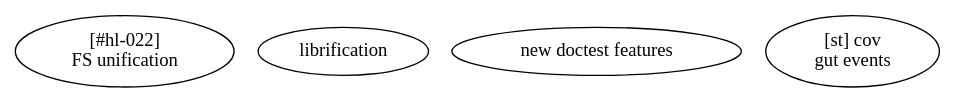
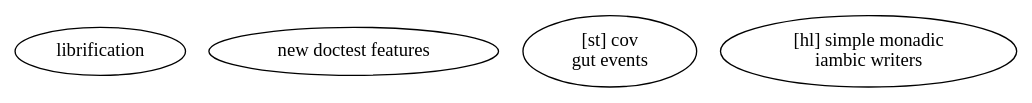
One commit to hipe/tmx changed the diagram in doc/the-big-picture-of-now-02.dot. Above: the diagram before and after it, drawn with Graphviz. The commit also changed 66 other files, not shown here.

```diff
--- a/doc/the-big-picture-of-now-02.dot
+++ b/doc/the-big-picture-of-now-02.dot
@@ -1,11 +1,11 @@
 digraph {
-
-  022 [label="[#hl-022]\nFS unification"]
 
   lib [label="librification"]
 
   dct [label="new doctest features"]
 
   st_009 [label="[st] cov\ngut events"]
 
+  xx [label="[hl] simple monadic\niambic writers"]
+
 }
```
